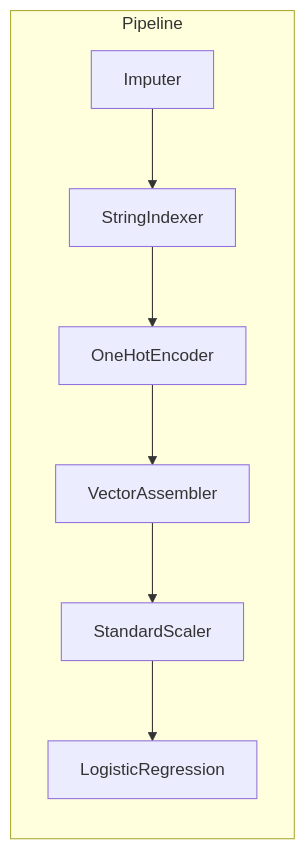
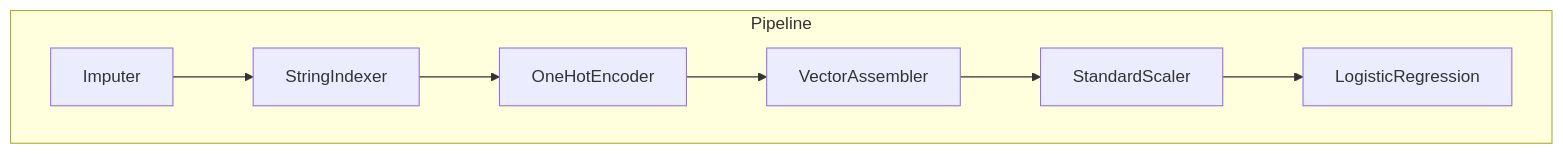
The diagram in slides_maestria/sesion-05.md (ChemaSarmiento/Big_Data_UP), drawn with Mermaid before and after one commit. The commit also changed 4 other files, not shown here.

````diff
--- a/slides_maestria/sesion-05.md
+++ b/slides_maestria/sesion-05.md
@@ -39,16 +39,11 @@
 ```mermaid {scale: 0.55}
 flowchart LR
+    subgraph Pipeline
+    direction LR
     A[Imputer] --> B[StringIndexer]
     B --> C[OneHotEncoder]
     C --> D[VectorAssembler]
     D --> E[StandardScaler]
     E --> F[LogisticRegression]
-    subgraph Pipeline
-    A
-    B
-    C
-    D
-    E
-    F
     end
 ```
````
